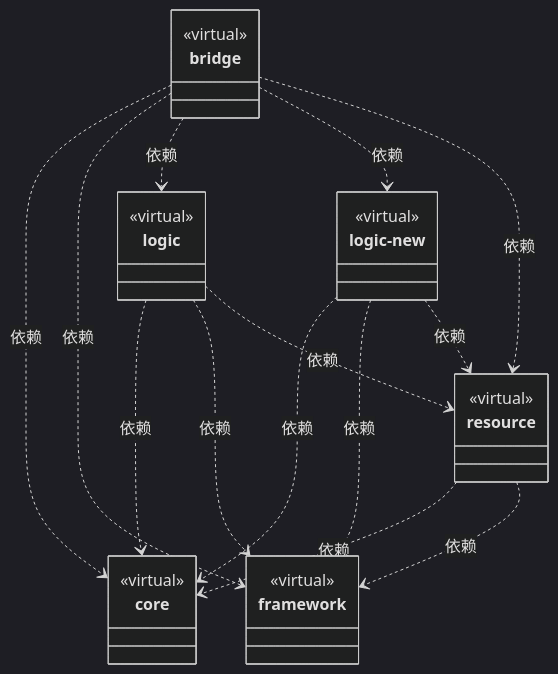
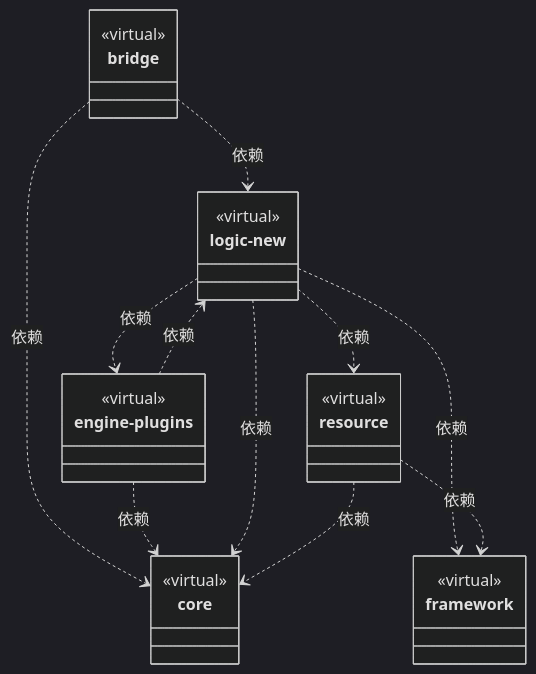
The first of 2 diagrams in src/ARCHITECTURE.md (nan023062/cbim), drawn with Mermaid (dark theme) before and after one commit. The commit also changed other lines of this file and 1438 other files, not shown here.

````diff
--- a/src/ARCHITECTURE.md
+++ b/src/ARCHITECTURE.md
@@ -33,40 +33,37 @@
 ```mermaid
 classDiagram
+class N_9a23854b4d79["logic-new"] {
+  <<virtual>>
+}
+click N_9a23854b4d79 href "logic-new/ARCHITECTURE.md"
 class N_22a9dc163407["bridge"] {
   <<virtual>>
 }
 click N_22a9dc163407 href "bridge/ARCHITECTURE.md"
+class N_be04b6eef23f["engine-plugins"] {
+  <<virtual>>
+}
+click N_be04b6eef23f href "engine-plugins/ARCHITECTURE.md"
 class N_2ac6ecef0e06["core"] {
   <<virtual>>
 }
 click N_2ac6ecef0e06 href "core/ARCHITECTURE.md"
 class N_2a213dc873da["framework"] {
   <<virtual>>
 }
 click N_2a213dc873da href "framework/ARCHITECTURE.md"
-class N_8ad7653761f5["logic"] {
-  <<virtual>>
-}
-click N_8ad7653761f5 href "logic/ARCHITECTURE.md"
-class N_9a23854b4d79["logic-new"] {
-  <<virtual>>
-}
-click N_9a23854b4d79 href "logic-new/ARCHITECTURE.md"
 class N_212574dc93ac["resource"] {
   <<virtual>>
 }
 click N_212574dc93ac href "resource/ARCHITECTURE.md"
 N_22a9dc163407 ..> N_2ac6ecef0e06 : 依赖
-N_22a9dc163407 ..> N_2a213dc873da : 依赖
-N_22a9dc163407 ..> N_8ad7653761f5 : 依赖
 N_22a9dc163407 ..> N_9a23854b4d79 : 依赖
-N_22a9dc163407 ..> N_212574dc93ac : 依赖
-N_8ad7653761f5 ..> N_2ac6ecef0e06 : 依赖
-N_8ad7653761f5 ..> N_2a213dc873da : 依赖
-N_8ad7653761f5 ..> N_212574dc93ac : 依赖
+N_be04b6eef23f ..> N_2ac6ecef0e06 : 依赖
+N_be04b6eef23f ..> N_9a23854b4d79 : 依赖
 N_9a23854b4d79 ..> N_2ac6ecef0e06 : 依赖
+N_9a23854b4d79 ..> N_be04b6eef23f : 依赖
 N_9a23854b4d79 ..> N_2a213dc873da : 依赖
 N_9a23854b4d79 ..> N_212574dc93ac : 依赖
 N_212574dc93ac ..> N_2ac6ecef0e06 : 依赖
 N_212574dc93ac ..> N_2a213dc873da : 依赖
 ```
````
